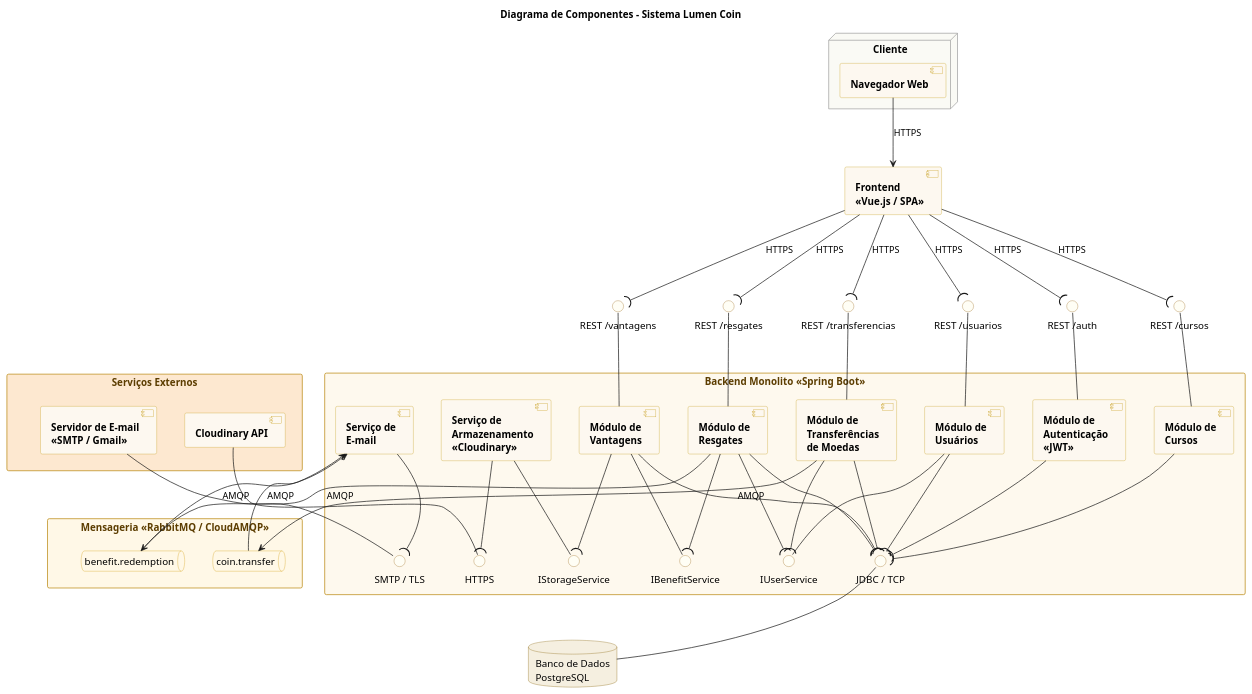
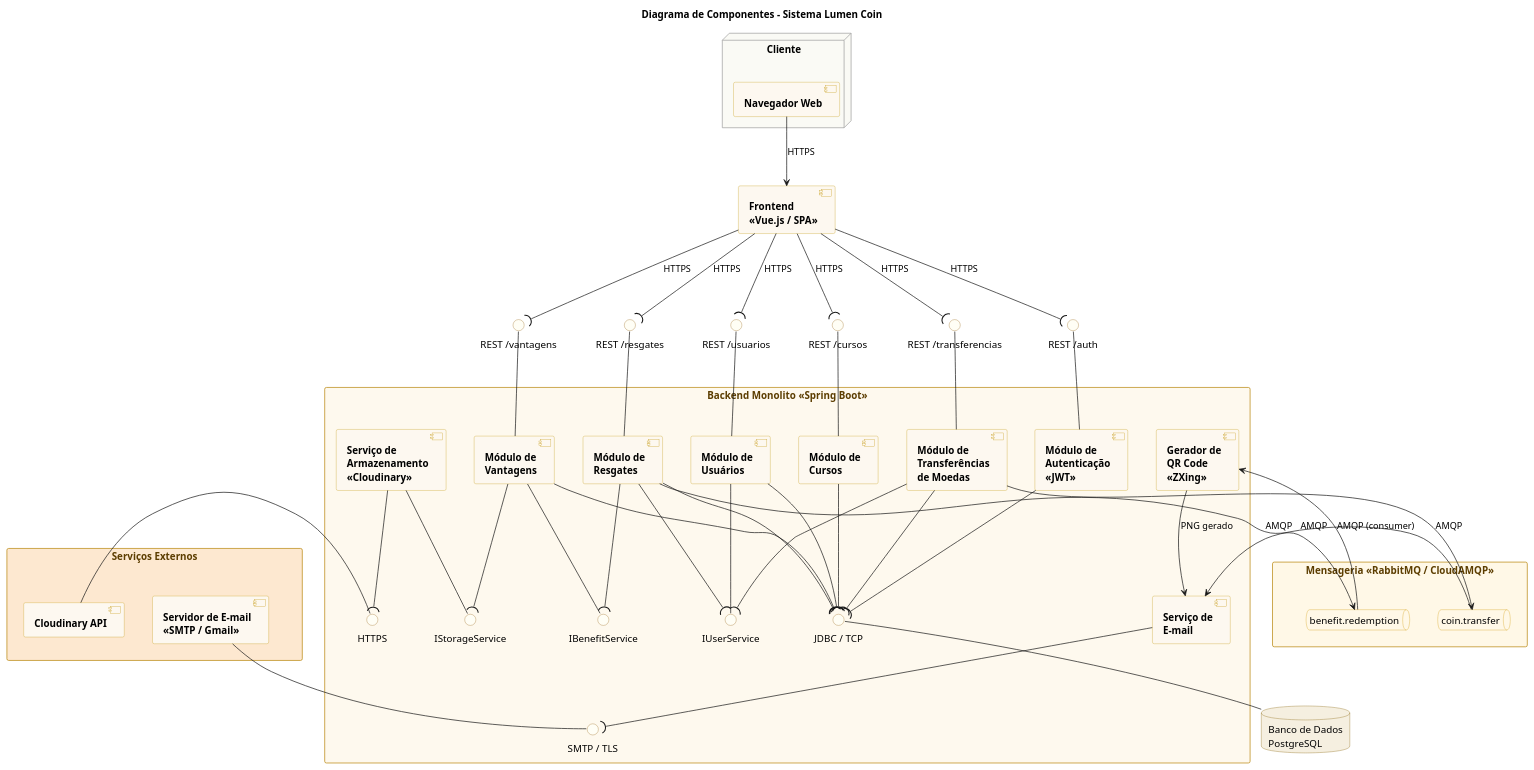
One commit to arturbomtempo-dev/lumen-coin changed the diagram in docs/diagrams/component-diagram/source/component-diagram.puml. Above: the diagram before and after it, drawn with PlantUML. The commit also changed 1 other file, not shown here.

Commit message:
docs: update the component diagram and deployment with the QR code generation module

```diff
--- a/docs/diagrams/component-diagram/source/component-diagram.puml
+++ b/docs/diagrams/component-diagram/source/component-diagram.puml
@@ -1,142 +1,144 @@
 @startuml component-diagram
 
 title Diagrama de Componentes - Sistema Lumen Coin
 
 skinparam nodesep 40
 skinparam ranksep 80
 
 skinparam component {
   BackgroundColor #FDF8F0
   BorderColor #C9A227
   FontStyle bold
 }
 
 skinparam database {
   BackgroundColor #F5EFE0
   BorderColor #8B6914
 }
 
 skinparam interface {
   BackgroundColor #FFFEF5
   BorderColor #A0722A
 }
 
 skinparam queue {
   BackgroundColor #FFF8E7
   BorderColor #D4A017
 }
 
 skinparam rectangle {
   BorderColor #B8860B
   FontColor #5C3D00
 }
 
 skinparam node {
   BackgroundColor #FAFAF5
   BorderColor #9E9E9E
 }
 
 node "Cliente" {
   [Navegador Web] as WEB
 }
 
 [Frontend\n<<Vue.js / SPA>>] as FRONT
 
 WEB --> FRONT : HTTPS
 
 interface "REST /auth"           as iAUTH
 interface "REST /usuarios"       as iUSERS
 interface "REST /vantagens"      as iBENEFITS
 interface "REST /resgates"       as iREDEMPTIONS
 interface "REST /transferencias" as iCOINS
 interface "REST /cursos"         as iCOURSES
 
 FRONT --( iAUTH          : HTTPS
 FRONT --( iUSERS         : HTTPS
 FRONT --( iBENEFITS      : HTTPS
 FRONT --( iREDEMPTIONS   : HTTPS
 FRONT --( iCOINS         : HTTPS
 FRONT --( iCOURSES       : HTTPS
 
 rectangle "Backend Monolito <<Spring Boot>>" as MONOLITH #FEF9EE {
 
   [Módulo de\nAutenticação\n<<JWT>>]                                    as AUTH
   [Módulo de\nUsuários] as USERS
   [Módulo de\nVantagens]                                                as BENEFITS
   [Módulo de\nResgates]                                                 as REDEMPTIONS
   [Módulo de\nTransferências\nde Moedas]                                as COINS
   [Módulo de\nCursos]                                                   as COURSES
 
   [Serviço de\nArmazenamento\n<<Cloudinary>>] as STORAGE
   [Serviço de\nE-mail]    as EMAIL_SVC
+  [Gerador de\nQR Code\n<<ZXing>>] as QR_GEN
 
   AUTH        -up- iAUTH
   USERS       -up- iUSERS
   BENEFITS    -up- iBENEFITS
   REDEMPTIONS -up- iREDEMPTIONS
   COINS       -up- iCOINS
   COURSES     -up- iCOURSES
 
   interface "IUserService" as iUSER_SVC
   USERS       -- iUSER_SVC
   REDEMPTIONS --( iUSER_SVC
   COINS       --( iUSER_SVC
 
   interface "IBenefitService" as iBENEFIT_SVC
   BENEFITS    -- iBENEFIT_SVC
   REDEMPTIONS --( iBENEFIT_SVC
 
   interface "IStorageService" as iSTORAGE_SVC
   STORAGE     -- iSTORAGE_SVC
   BENEFITS    --( iSTORAGE_SVC
 
   interface "JDBC / TCP" as iDB
   AUTH        --( iDB
   USERS       --( iDB
   BENEFITS    --( iDB
   REDEMPTIONS --( iDB
   COINS       --( iDB
   COURSES     --( iDB
 
   interface "HTTPS"      as iCLOUD
   interface "SMTP / TLS" as iSMTP
   STORAGE   --( iCLOUD
   EMAIL_SVC --( iSMTP
 
   AUTH        -[hidden]right- USERS
   USERS       -[hidden]right- BENEFITS
   BENEFITS    -[hidden]right- REDEMPTIONS
   REDEMPTIONS -[hidden]right- COINS
   COINS       -[hidden]right- COURSES
 }
 
 database "Banco de Dados\nPostgreSQL" as DB
 iDB -down- DB
 
 rectangle "Mensageria <<RabbitMQ / CloudAMQP>>" as MQ #FFF8E7 {
   queue "coin.transfer"      as Q_COIN
   queue "benefit.redemption" as Q_BENEFIT
 
   Q_COIN -[hidden]right- Q_BENEFIT
 }
 
 COINS       --> Q_COIN    : AMQP
 REDEMPTIONS --> Q_BENEFIT : AMQP
 
 Q_COIN    --> EMAIL_SVC : AMQP
-Q_BENEFIT --> EMAIL_SVC : AMQP
+Q_BENEFIT --> QR_GEN    : AMQP (consumer)
+QR_GEN    --> EMAIL_SVC : PNG gerado
 
 rectangle "Serviços Externos" as EXT #FDE8D0 {
   [Cloudinary API] as CLOUDINARY
   [Servidor de E-mail\n<<SMTP / Gmail>>]          as SMTP_SVC
 
   CLOUDINARY -[hidden]right- SMTP_SVC
 }
 
 CLOUDINARY -- iCLOUD
 SMTP_SVC   -- iSMTP
 
 DB  -[hidden]right- MQ
 MQ  -[hidden]right- EXT
 
 @enduml
```
